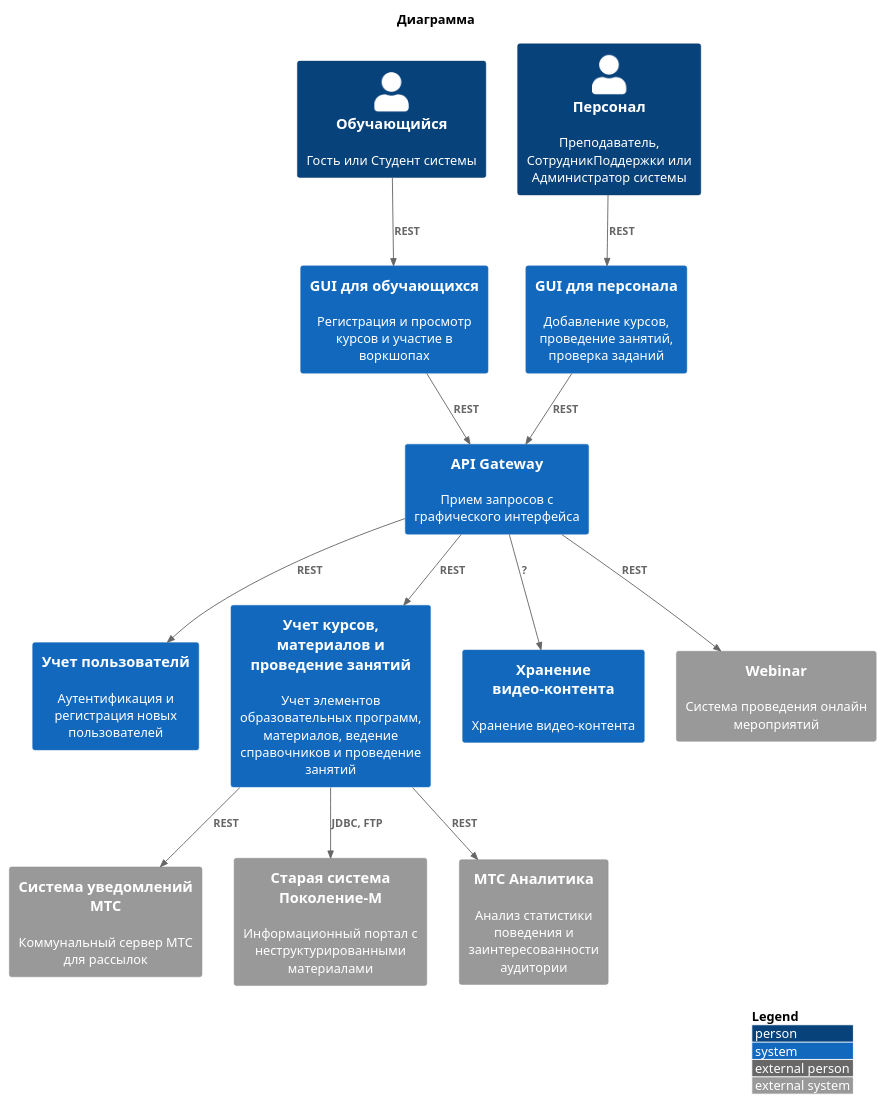
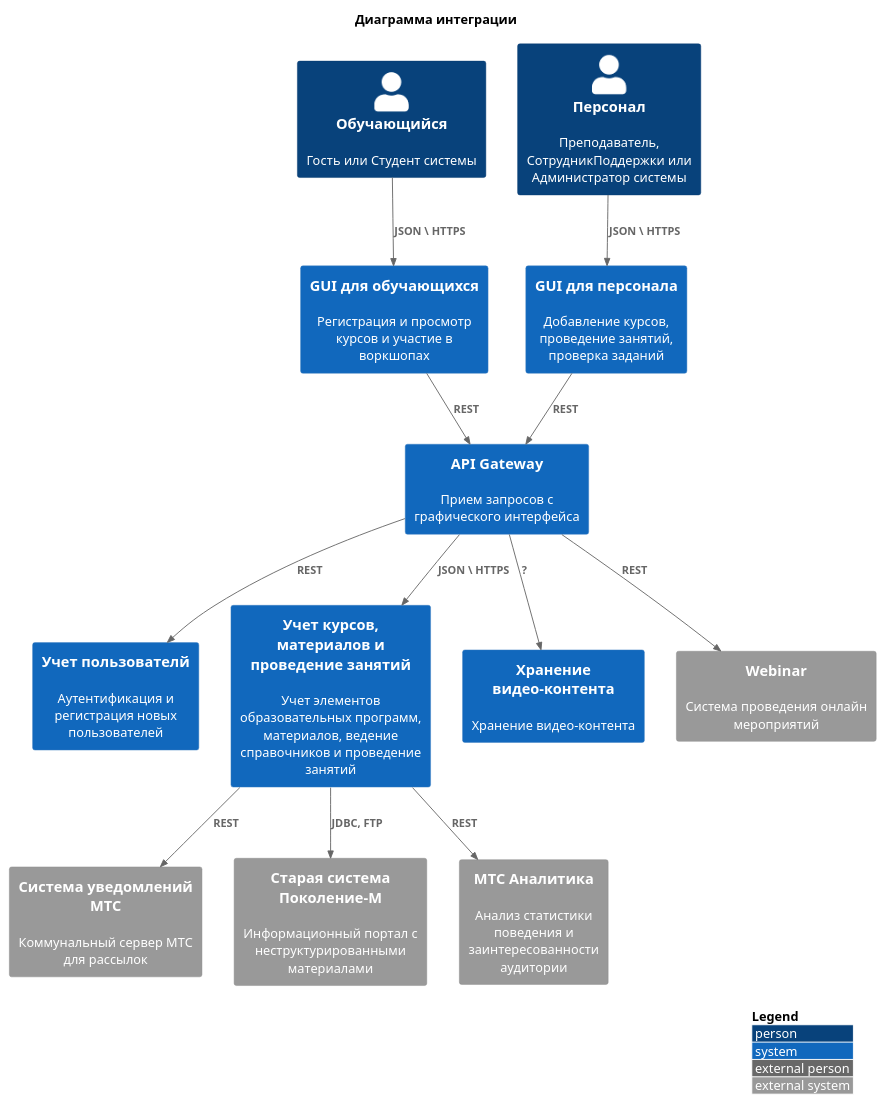
Before and after one commit to karpoftea/mts-kata-2023: the diagram in docs/adr/adr-001-architecture-style.md, drawn with PlantUML. The commit also changed other lines of this file and 1 other file, not shown here.

Commit message:
Исправил мелочи в ADR по выбору стилей интеграции

````diff
--- a/docs/adr/adr-001-architecture-style.md
+++ b/docs/adr/adr-001-architecture-style.md
@@ -83,47 +83,47 @@
 ```plantuml
 @startuml
 !include https://raw.githubusercontent.com/plantuml-stdlib/C4-PlantUML/master/C4_Context.puml
 
 LAYOUT_WITH_LEGEND()
 
-title Диаграмма
+title Диаграмма интеграции
 
 Person(student, "Обучающийся", "Гость или Студент системы")
 Person(staff, "Персонал", "Преподаватель, СотрудникПоддержки или Администратор системы")
 
 System(studentGUI, "GUI для обучающихся", "Регистрация и просмотр курсов и участие в воркшопах")
 System(staffGUI, "GUI для персонала", "Добавление курсов, проведение занятий, проверка заданий")
 
 
-Rel(student, studentGUI, "REST")
-Rel(staff, staffGUI, "REST")
+Rel(student, studentGUI, "JSON \ HTTPS")
+Rel(staff, staffGUI, "JSON \ HTTPS")
 
 System(apigw, "API Gateway", "Прием запросов с графического интерфейса")
 
 Rel(studentGUI, apigw, "REST")
 Rel(staffGUI, apigw, "REST")
 
 System(auth, "Учет пользователй", "Аутентификация и регистрация новых пользователей")
 
 Rel(apigw, auth, "REST")
 
 System(content, "Учет курсов, материалов и проведение занятий", "Учет элементов образовательных программ, материалов, ведение справочников и проведение занятий")
 
-Rel(apigw, content, "REST")
+Rel(apigw, content, "JSON \ HTTPS")
 
 System(video, "Хранение видео-контента", "Хранение видео-контента")
 
 Rel(apigw, video, "?")
 
 System_Ext(emailsys, "Система уведомлений МТС", "Коммунальный сервер МТС для рассылок")
 System_Ext(webinar, "Webinar", "Система проведения онлайн мероприятий")
 System_Ext(legacy, "Старая система Поколение-М", "Информационный портал с неструктурированными материалами")
 System_Ext(mtsa, "МТС Аналитика", "Анализ статистики поведения и заинтересованности аудитории")
 
 Rel(content, emailsys, "REST")
 Rel(apigw, webinar, "REST")
 Rel(content, legacy, "JDBC, FTP")
 Rel(content, mtsa, "REST")
 
 @enduml
 ```
````
